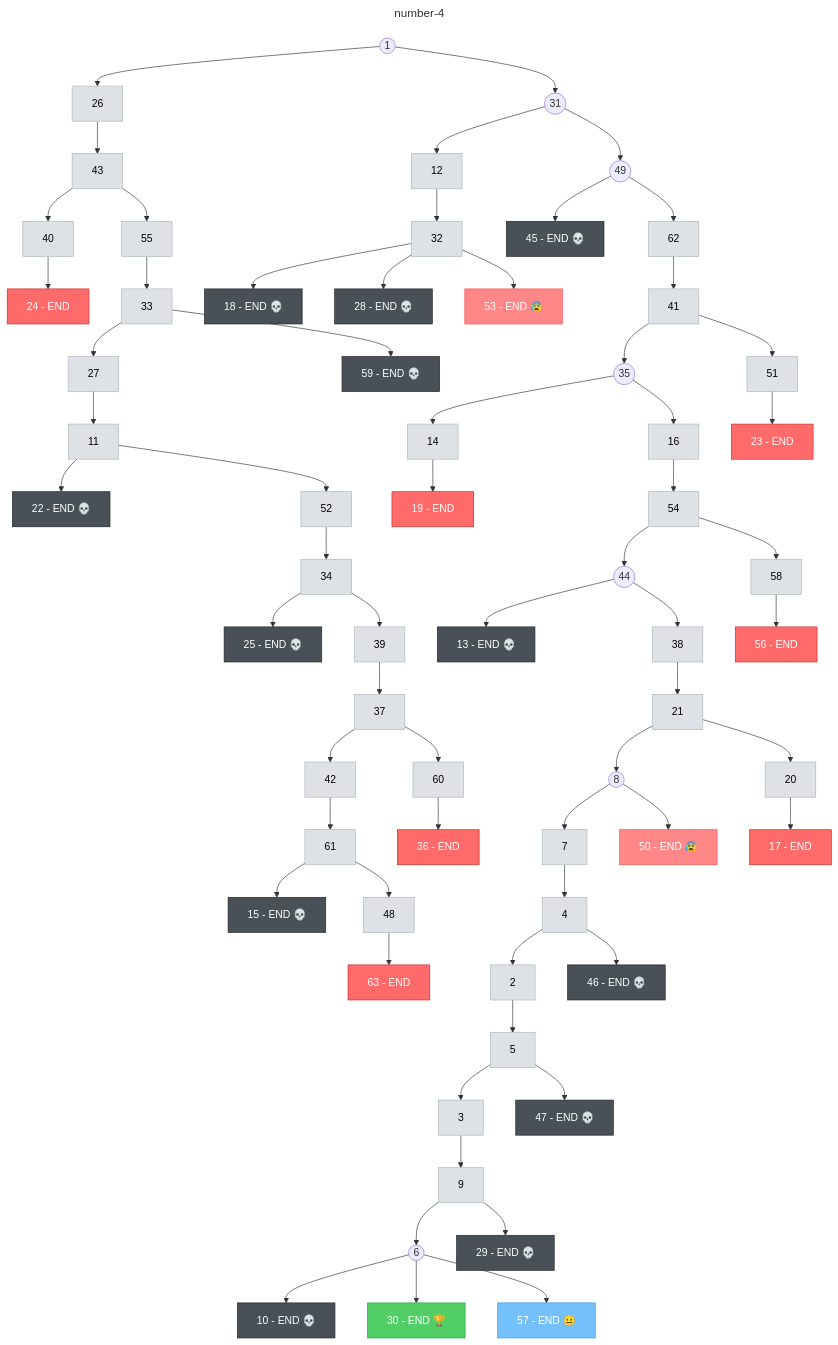
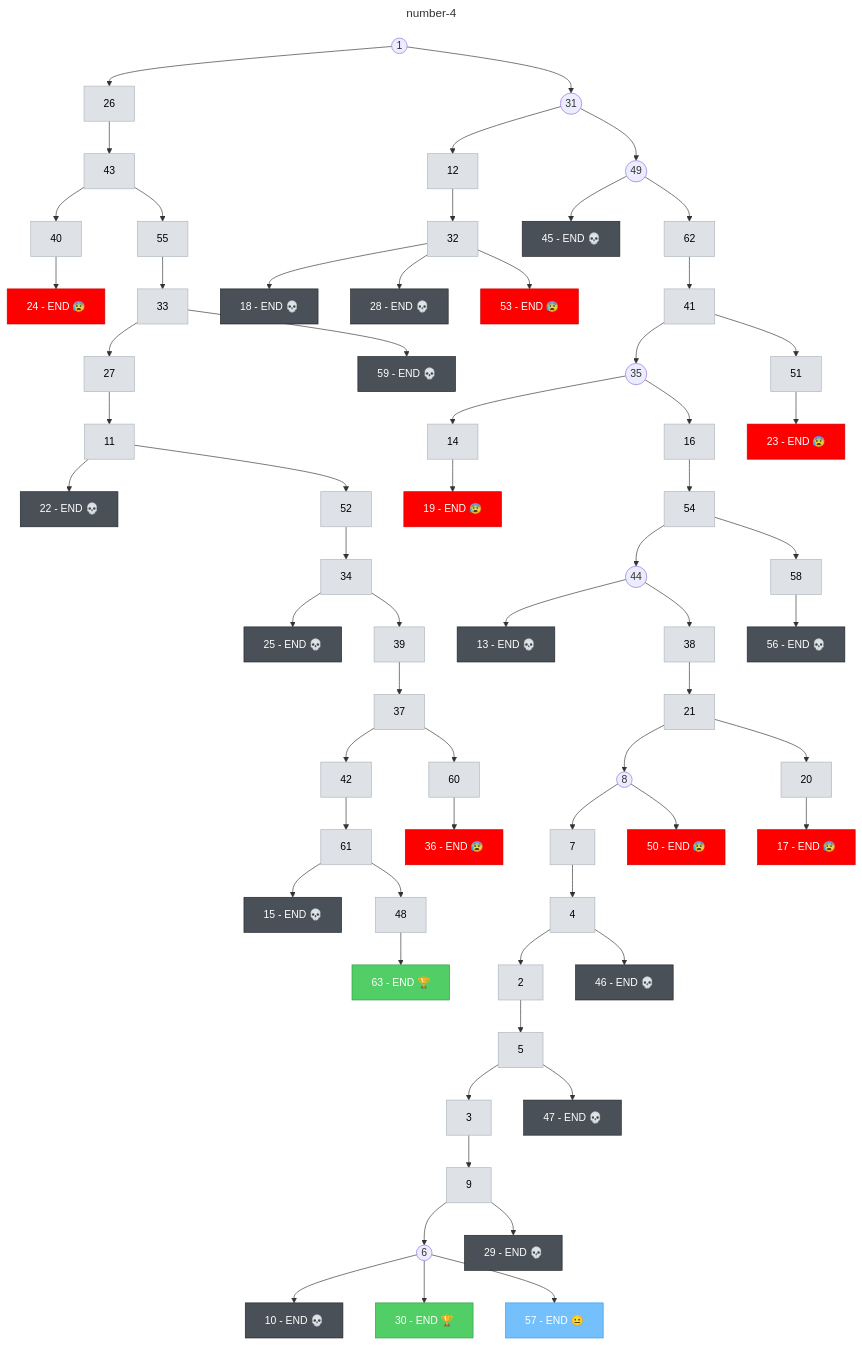
One commit to nicodevs/can-claude-code-write-a-good-choose-your-own-adventure-book changed the diagram in number-4/output/structure.mmd. Above: the diagram before and after it, drawn with Mermaid. The commit also changed 4 other files, not shown here.

Commit message:
Fix mermaid generator script

```diff
--- a/number-4/output/structure.mmd
+++ b/number-4/output/structure.mmd
@@ -1,141 +1,141 @@
 ---
 title: number-4
 ---
 flowchart TD
     1((1))
     2[2]:::transition
     3[3]:::transition
     4[4]:::transition
     5[5]:::transition
     6((6))
     7[7]:::transition
     8((8))
     9[9]:::transition
     10[10 - END 💀]:::death
     11[11]:::transition
     12[12]:::transition
     13[13 - END 💀]:::death
     14[14]:::transition
     15[15 - END 💀]:::death
     16[16]:::transition
-    17[17 - END]:::ending
+    17[17 - END 😰]:::bad
     18[18 - END 💀]:::death
-    19[19 - END]:::ending
+    19[19 - END 😰]:::bad
     20[20]:::transition
     21[21]:::transition
     22[22 - END 💀]:::death
-    23[23 - END]:::ending
-    24[24 - END]:::ending
+    23[23 - END 😰]:::bad
+    24[24 - END 😰]:::bad
     25[25 - END 💀]:::death
     26[26]:::transition
     27[27]:::transition
     28[28 - END 💀]:::death
     29[29 - END 💀]:::death
     30[30 - END 🏆]:::good
     31((31))
     32[32]:::transition
     33[33]:::transition
     34[34]:::transition
     35((35))
-    36[36 - END]:::ending
+    36[36 - END 😰]:::bad
     37[37]:::transition
     38[38]:::transition
     39[39]:::transition
     40[40]:::transition
     41[41]:::transition
     42[42]:::transition
     43[43]:::transition
     44((44))
     45[45 - END 💀]:::death
     46[46 - END 💀]:::death
     47[47 - END 💀]:::death
     48[48]:::transition
     49((49))
     50[50 - END 😰]:::bad
     51[51]:::transition
     52[52]:::transition
     53[53 - END 😰]:::bad
     54[54]:::transition
     55[55]:::transition
-    56[56 - END]:::ending
+    56[56 - END 💀]:::death
     57[57 - END 😐]:::neutral
     58[58]:::transition
     59[59 - END 💀]:::death
     60[60]:::transition
     61[61]:::transition
     62[62]:::transition
-    63[63 - END]:::ending
+    63[63 - END 🏆]:::good
     1 --> 26
     1 --> 31
     2 --> 5
     3 --> 9
     4 --> 2
     4 --> 46
     5 --> 3
     5 --> 47
     6 --> 10
     6 --> 30
     6 --> 57
     7 --> 4
     8 --> 7
     8 --> 50
     9 --> 6
     9 --> 29
     11 --> 22
     11 --> 52
     12 --> 32
     14 --> 19
     16 --> 54
     20 --> 17
     21 --> 8
     21 --> 20
     26 --> 43
     27 --> 11
     31 --> 12
     31 --> 49
     32 --> 18
     32 --> 28
     32 --> 53
     33 --> 27
     33 --> 59
     34 --> 25
     34 --> 39
     35 --> 14
     35 --> 16
     37 --> 42
     37 --> 60
     38 --> 21
     39 --> 37
     40 --> 24
     41 --> 35
     41 --> 51
     42 --> 61
     43 --> 40
     43 --> 55
     44 --> 13
     44 --> 38
     48 --> 63
     49 --> 45
     49 --> 62
     51 --> 23
     52 --> 34
     54 --> 44
     54 --> 58
     55 --> 33
     58 --> 56
     60 --> 36
     61 --> 15
     61 --> 48
     62 --> 41
 
     classDef ending fill:#ff6b6b,stroke:#c92a2a,color:#fff
     classDef death fill:#495057,stroke:#212529,color:#fff
     classDef good fill:#51cf66,stroke:#2f9e44,color:#fff
-    classDef bad fill:#ff8787,stroke:#fa5252,color:#fff
+    classDef bad fill:#ff0000,stroke:#cc0000,color:#fff
     classDef neutral fill:#74c0fc,stroke:#339af0,color:#fff
     classDef orphan fill:#ffd43b,stroke:#fab005,color:#000
     classDef convergent fill:#9775fa,stroke:#7048e8,color:#fff
     classDef convergent_end fill:#e599f7,stroke:#be4bdb,color:#000
     classDef transition fill:#dee2e6,stroke:#adb5bd,color:#000
 
     %% 63 pages, 62 edges, 23 endings, 0 orphaned, 0 convergent
```
